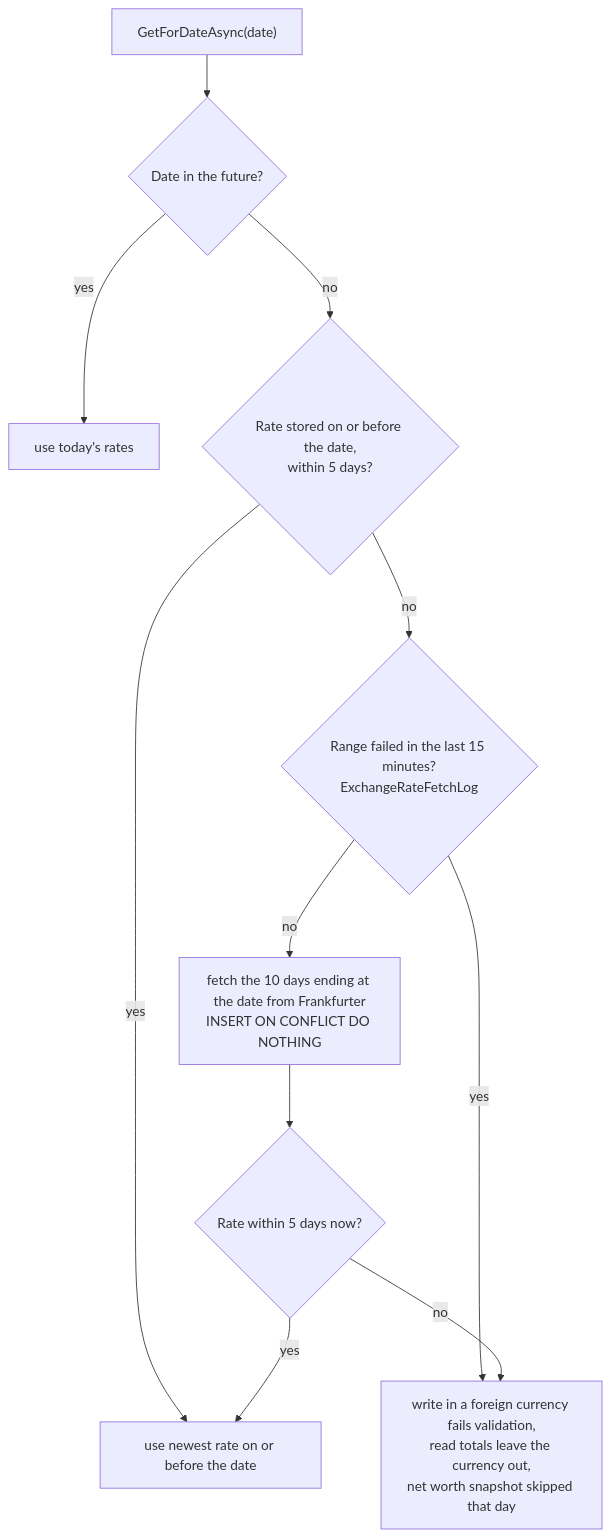
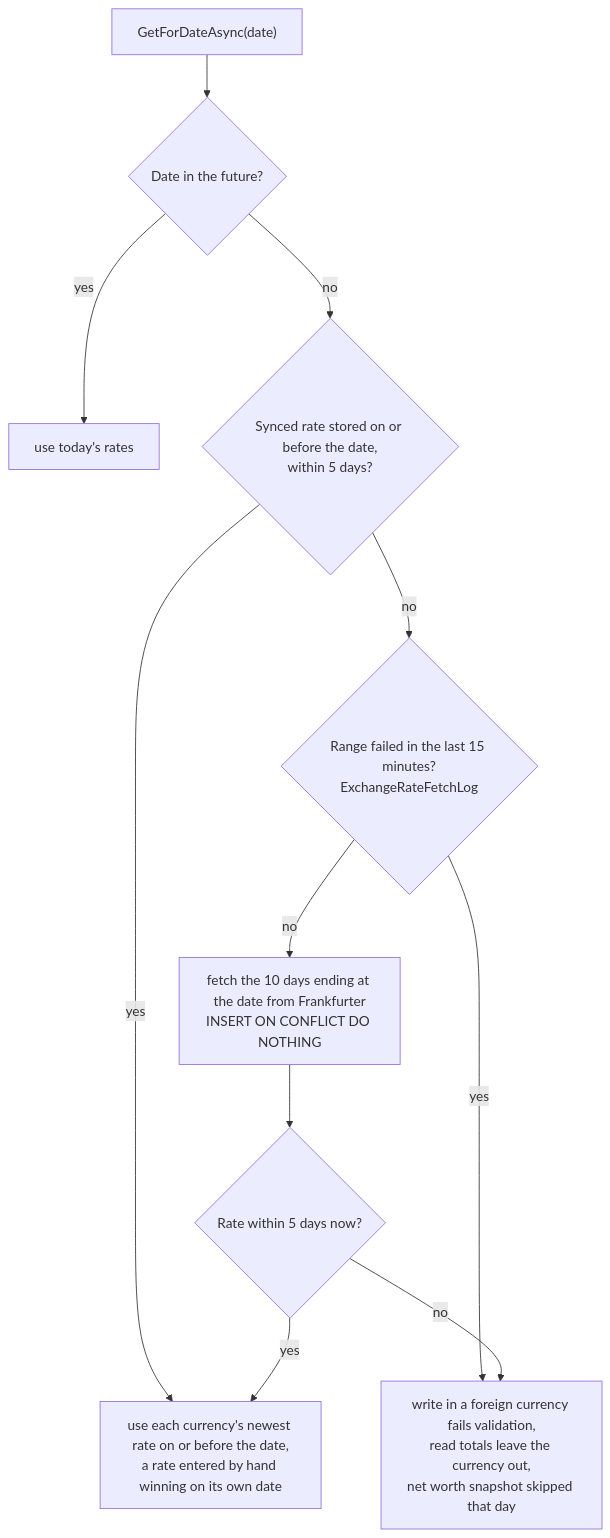
One commit to Justxs/Jx-Finance changed the second of 5 diagrams in docs/features/multi-currency.md. Above: the diagram before and after it, drawn with Mermaid. The commit also changed other lines of this file and 63 other files, not shown here.

First line of the commit message:
feat(currencies): let an administrator enter an exchange rate by hand

````diff
--- a/docs/features/multi-currency.md
+++ b/docs/features/multi-currency.md
@@ -25,13 +25,13 @@
 ```mermaid
 flowchart TD
     Ask["GetForDateAsync(date)"] --> Future{"Date in the future?"}
     Future -->|"yes"| TodayRates["use today's rates"]
-    Future -->|"no"| Stored{"Rate stored on or before the date,<br/>within 5 days?"}
-    Stored -->|"yes"| Use["use newest rate on or before the date"]
+    Future -->|"no"| Stored{"Synced rate stored on or before the date,<br/>within 5 days?"}
+    Stored -->|"yes"| Use["use each currency's newest rate on or before the date,<br/>a rate entered by hand winning on its own date"]
     Stored -->|"no"| Log{"Range failed in the last 15 minutes?<br/>ExchangeRateFetchLog"}
     Log -->|"yes"| Stale
     Log -->|"no"| Fetch["fetch the 10 days ending at the date from Frankfurter<br/>INSERT ON CONFLICT DO NOTHING"]
     Fetch --> Again{"Rate within 5 days now?"}
     Again -->|"yes"| Use
     Again -->|"no"| Stale["write in a foreign currency fails validation,<br/>read totals leave the currency out,<br/>net worth snapshot skipped that day"]
 ```
````
